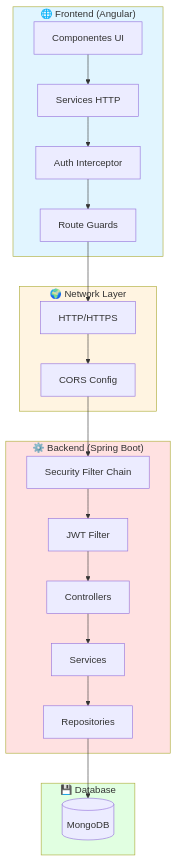
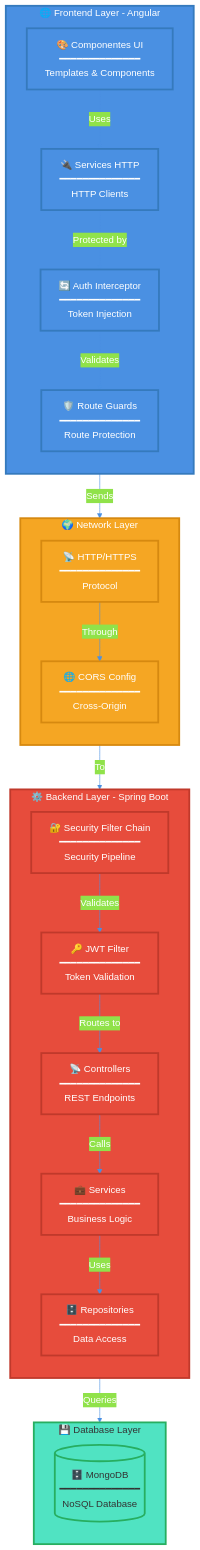
Diagram 13 of 20 in DOCUMENTACAO_ARQUITETURA_CAMADAS.md (caiohrmm/TCC-BartoFinance), drawn with Mermaid before and after one commit. The commit also changed other lines of this file, not shown here.

````diff
--- a/DOCUMENTACAO_ARQUITETURA_CAMADAS.md
+++ b/DOCUMENTACAO_ARQUITETURA_CAMADAS.md
@@ -545,43 +689,53 @@
 ```mermaid
+%%{init: {'theme':'base', 'themeVariables': { 'primaryColor':'#4A90E2','primaryTextColor':'#fff','primaryBorderColor':'#357ABD','lineColor':'#4A90E2'}}}%%
 graph TB
-    subgraph Frontend["🌐 Frontend (Angular)"]
-        UI[Componentes UI]
-        Services[Services HTTP]
-        Interceptor[Auth Interceptor]
-        Guards[Route Guards]
+    subgraph Frontend["🌐 Frontend Layer - Angular"]
+        direction TB
+        UI["🎨 Componentes UI<br/>━━━━━━━━━━━━━━<br/>Templates & Components"]
+        Services["🔌 Services HTTP<br/>━━━━━━━━━━━━━━<br/>HTTP Clients"]
+        Interceptor["🔄 Auth Interceptor<br/>━━━━━━━━━━━━━━<br/>Token Injection"]
+        Guards["🛡️ Route Guards<br/>━━━━━━━━━━━━━━<br/>Route Protection"]
     end
     
     subgraph Network["🌍 Network Layer"]
-        HTTP[HTTP/HTTPS]
-        CORS[CORS Config]
+        direction TB
+        HTTP["📡 HTTP/HTTPS<br/>━━━━━━━━━━━━━━<br/>Protocol"]
+        CORS["🌐 CORS Config<br/>━━━━━━━━━━━━━━<br/>Cross-Origin"]
     end
     
-    subgraph Backend["⚙️ Backend (Spring Boot)"]
-        Security[Security Filter Chain]
-        JWTFilter[JWT Filter]
-        Controller[Controllers]
-        Service[Services]
-        Repository[Repositories]
+    subgraph Backend["⚙️ Backend Layer - Spring Boot"]
+        direction TB
+        Security["🔐 Security Filter Chain<br/>━━━━━━━━━━━━━━<br/>Security Pipeline"]
+        JWTFilter["🔑 JWT Filter<br/>━━━━━━━━━━━━━━<br/>Token Validation"]
+        Controller["📡 Controllers<br/>━━━━━━━━━━━━━━<br/>REST Endpoints"]
+        Service["💼 Services<br/>━━━━━━━━━━━━━━<br/>Business Logic"]
+        Repository["🗄️ Repositories<br/>━━━━━━━━━━━━━━<br/>Data Access"]
     end
     
-    subgraph Database["💾 Database"]
-        MongoDB[(MongoDB)]
+    subgraph Database["💾 Database Layer"]
+        direction TB
+        MongoDB[("🗄️ MongoDB<br/>━━━━━━━━━━━━━━<br/>NoSQL Database")]
     end
     
-    UI --> Services
-    Services --> Interceptor
-    Interceptor --> Guards
-    Guards --> HTTP
-    HTTP --> CORS
-    CORS --> Security
-    Security --> JWTFilter
-    JWTFilter --> Controller
-    Controller --> Service
-    Service --> Repository
-    Repository --> MongoDB
+    UI -->|"Uses"| Services
+    Services -->|"Protected by"| Interceptor
+    Interceptor -->|"Validates"| Guards
+    Guards -->|"Sends"| HTTP
+    HTTP -->|"Through"| CORS
+    CORS -->|"To"| Security
+    Security -->|"Validates"| JWTFilter
+    JWTFilter -->|"Routes to"| Controller
+    Controller -->|"Calls"| Service
+    Service -->|"Uses"| Repository
+    Repository -->|"Queries"| MongoDB
     
-    style Frontend fill:#e1f5ff
-    style Network fill:#fff4e1
-    style Backend fill:#ffe1e1
-    style Database fill:#e1ffe1
+    classDef frontendStyle fill:#4A90E2,stroke:#357ABD,stroke-width:3px,color:#fff
+    classDef networkStyle fill:#F5A623,stroke:#D68910,stroke-width:3px,color:#fff
+    classDef backendStyle fill:#E74C3C,stroke:#C0392B,stroke-width:3px,color:#fff
+    classDef databaseStyle fill:#50E3C2,stroke:#27AE60,stroke-width:3px,color:#333
+    
+    class Frontend,UI,Services,Interceptor,Guards frontendStyle
+    class Network,HTTP,CORS networkStyle
+    class Backend,Security,JWTFilter,Controller,Service,Repository backendStyle
+    class Database,MongoDB databaseStyle
 ```
````
